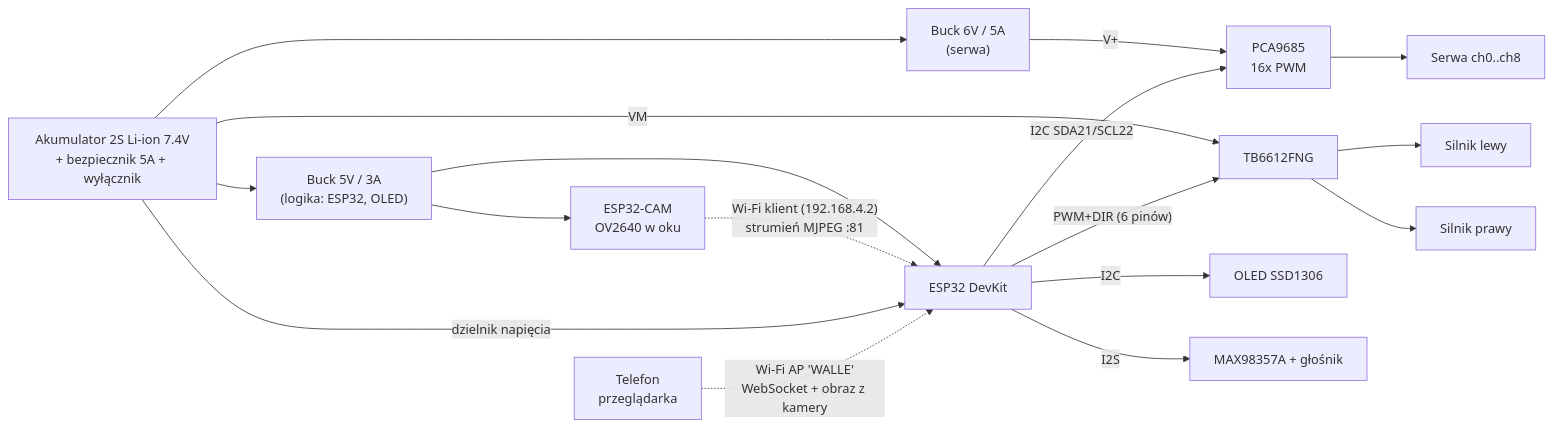
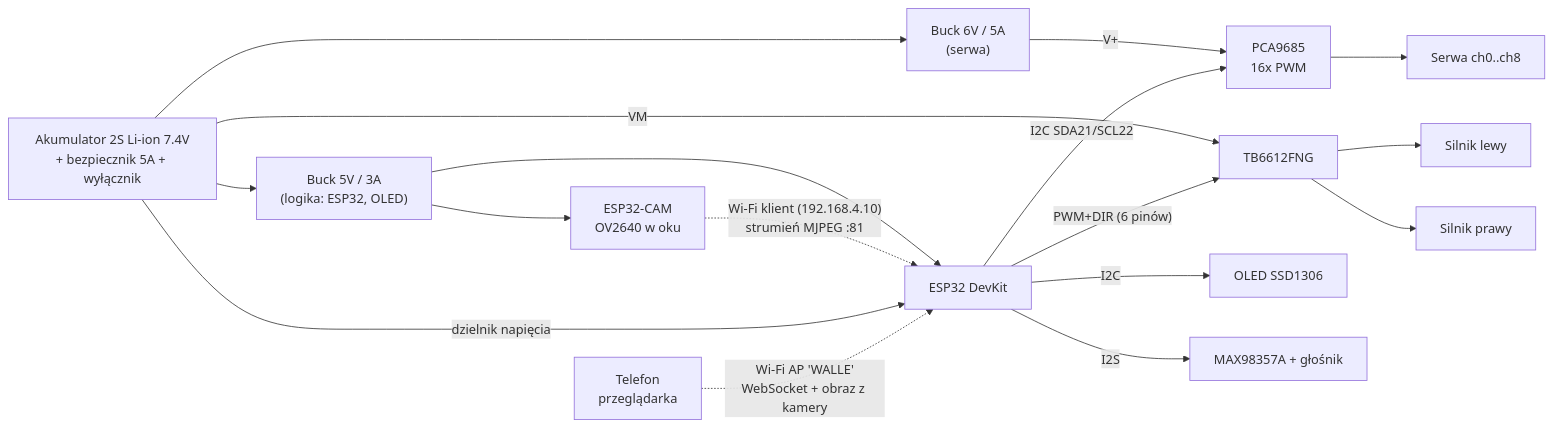
One commit to arekp/wall-e changed the diagram in docs/electronics.md. Above: the diagram before and after it, drawn with Mermaid. The commit also changed other lines of this file and 2 other files, not shown here.

First line of the commit message:
Use static IP 192.168.4.10 for ESP32-CAM to avoid DHCP clash

````diff
--- a/docs/electronics.md
+++ b/docs/electronics.md
@@ -29,23 +29,23 @@
 ```mermaid
 flowchart LR
     BAT["Akumulator 2S Li-ion 7.4V<br/>+ bezpiecznik 5A + wyłącznik"]
     BAT --> BUCK5["Buck 5V / 3A<br/>(logika: ESP32, OLED)"]
     BAT --> BUCK6["Buck 6V / 5A<br/>(serwa)"]
     BAT -->|VM| DRV["TB6612FNG"]
 
     BUCK5 --> ESP["ESP32 DevKit"]
     BUCK6 -->|V+| PCA["PCA9685<br/>16x PWM"]
     PCA --> SERVA["Serwa ch0..ch8"]
 
     ESP -- "I2C SDA21/SCL22" --> PCA
     ESP -- "I2C" --> OLED["OLED SSD1306"]
     ESP -- "PWM+DIR (6 pinów)" --> DRV
     DRV --> ML["Silnik lewy"]
     DRV --> MR["Silnik prawy"]
     ESP -- "I2S" --> AMP["MAX98357A + głośnik"]
     BUCK5 --> CAM["ESP32-CAM<br/>OV2640 w oku"]
-    CAM -. "Wi-Fi klient (192.168.4.2)<br/>strumień MJPEG :81" .-> ESP
+    CAM -. "Wi-Fi klient (192.168.4.10)<br/>strumień MJPEG :81" .-> ESP
     BAT -- "dzielnik napięcia" --> ESP
 
     PHONE["Telefon<br/>przeglądarka"] -. "Wi-Fi AP 'WALLE'<br/>WebSocket + obraz z kamery" .-> ESP
 ```
````
